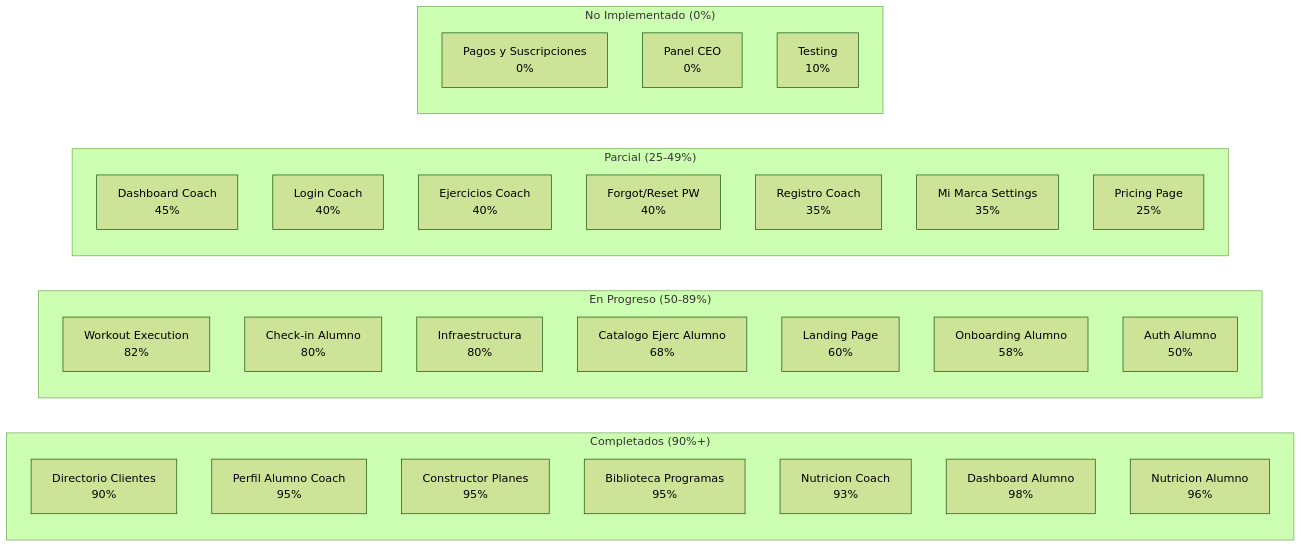
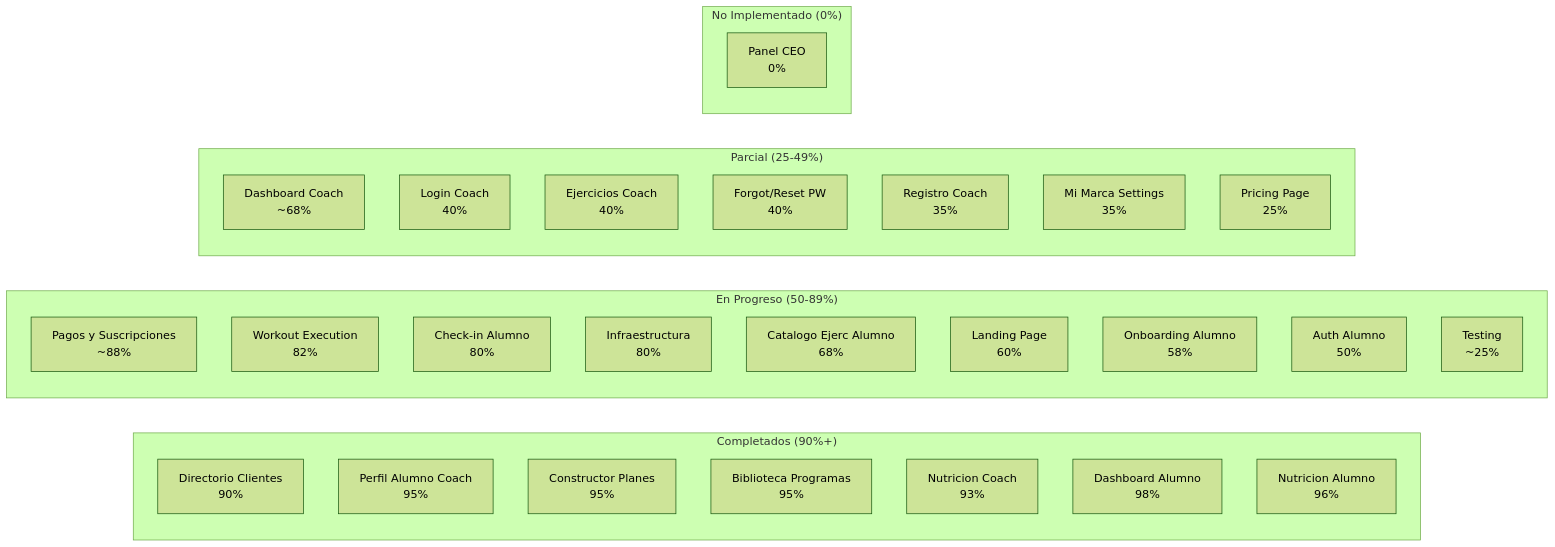
Before and after one commit to Juancho2706/gymappjp: the first of 3 diagrams in docs/MAPA-MAESTRO.md, drawn with Mermaid (forest theme). The commit also changed other lines of this file and 28 other files, not shown here.

````diff
--- a/docs/MAPA-MAESTRO.md
+++ b/docs/MAPA-MAESTRO.md
@@ -12,38 +13,38 @@
 ```mermaid
 graph LR
     subgraph completado ["Completados (90%+)"]
         DirClientes["Directorio Clientes<br/>90%"]
         PerfilAlumno["Perfil Alumno Coach<br/>95%"]
         Builder["Constructor Planes<br/>95%"]
         BiblioProgs["Biblioteca Programas<br/>95%"]
         NutriCoach["Nutricion Coach<br/>93%"]
         DashAlumno["Dashboard Alumno<br/>98%"]
         NutriAlumno["Nutricion Alumno<br/>96%"]
     end
 
     subgraph avanzado ["En Progreso (50-89%)"]
+        Pagos["Pagos y Suscripciones<br/>~88%"]
         WorkoutExec["Workout Execution<br/>82%"]
         CheckIn["Check-in Alumno<br/>80%"]
         Infra["Infraestructura<br/>80%"]
         CatEjAlumno["Catalogo Ejerc Alumno<br/>68%"]
         Landing["Landing Page<br/>60%"]
         Onboarding["Onboarding Alumno<br/>58%"]
         AuthAlumno["Auth Alumno<br/>50%"]
+        Testing["Testing<br/>~25%"]
     end
 
     subgraph parcial ["Parcial (25-49%)"]
-        DashCoach["Dashboard Coach<br/>45%"]
+        DashCoach["Dashboard Coach<br/>~68%"]
         LoginCoach["Login Coach<br/>40%"]
         EjercCoach["Ejercicios Coach<br/>40%"]
         ResetPw["Forgot/Reset PW<br/>40%"]
         RegCoach["Registro Coach<br/>35%"]
         MiMarca["Mi Marca Settings<br/>35%"]
         Pricing["Pricing Page<br/>25%"]
     end
 
     subgraph pendiente ["No Implementado (0%)"]
-        Pagos["Pagos y Suscripciones<br/>0%"]
         PanelCEO["Panel CEO<br/>0%"]
-        Testing["Testing<br/>10%"]
     end
 ```
````
